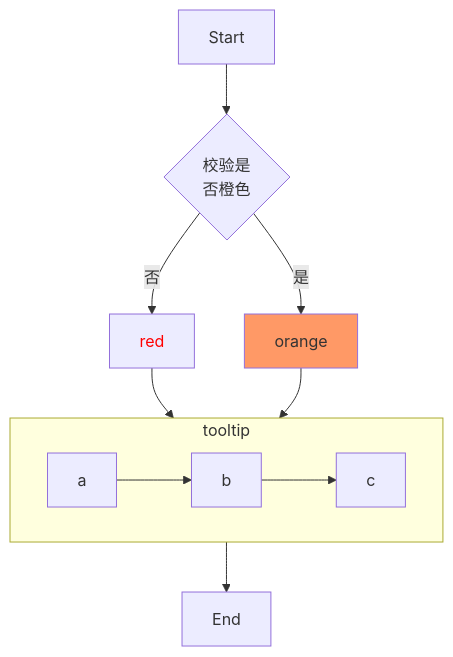
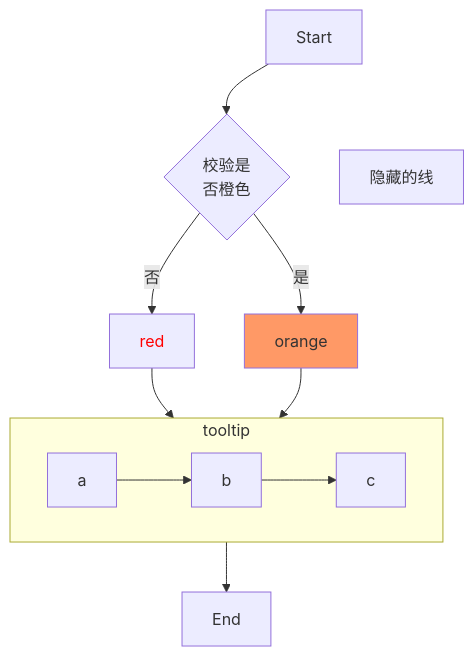
One commit to ramwin/linux-reference changed the diagram in restructed/markdown.md. Above: the diagram before and after it, drawn with Mermaid.

Commit message:
feat: 隐藏的线

````diff
--- a/restructed/markdown.md
+++ b/restructed/markdown.md
@@ -42,13 +42,14 @@
 ```{mermaid}
 flowchart TB;
     Start --> check{校验是\n否橙色}
+    Start ~~~ 隐藏的线
     check --> |是| orange:::orange
     check --> |否| red:::red
     red & orange --> tooltip --> End
     subgraph "tooltip"
         a --> b
         b --> c
     end
     classDef orange fill:#f96
     classDef red color: #f00
 ```
````
